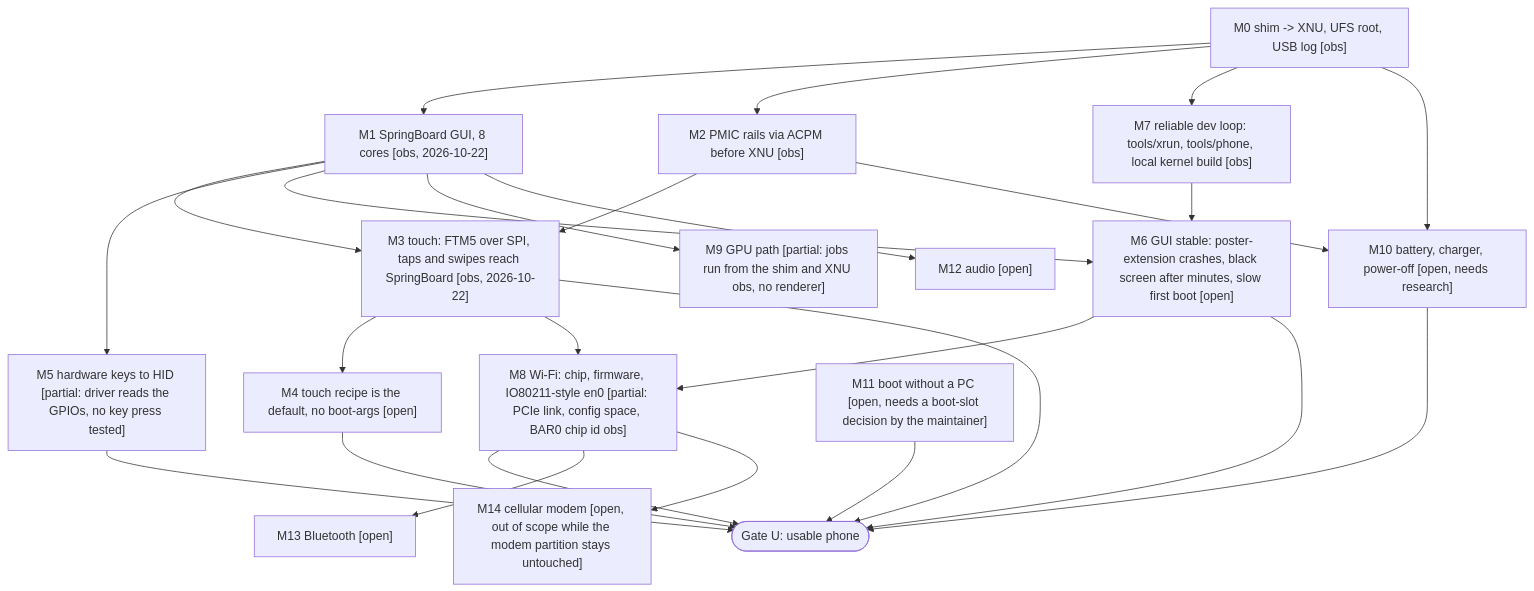
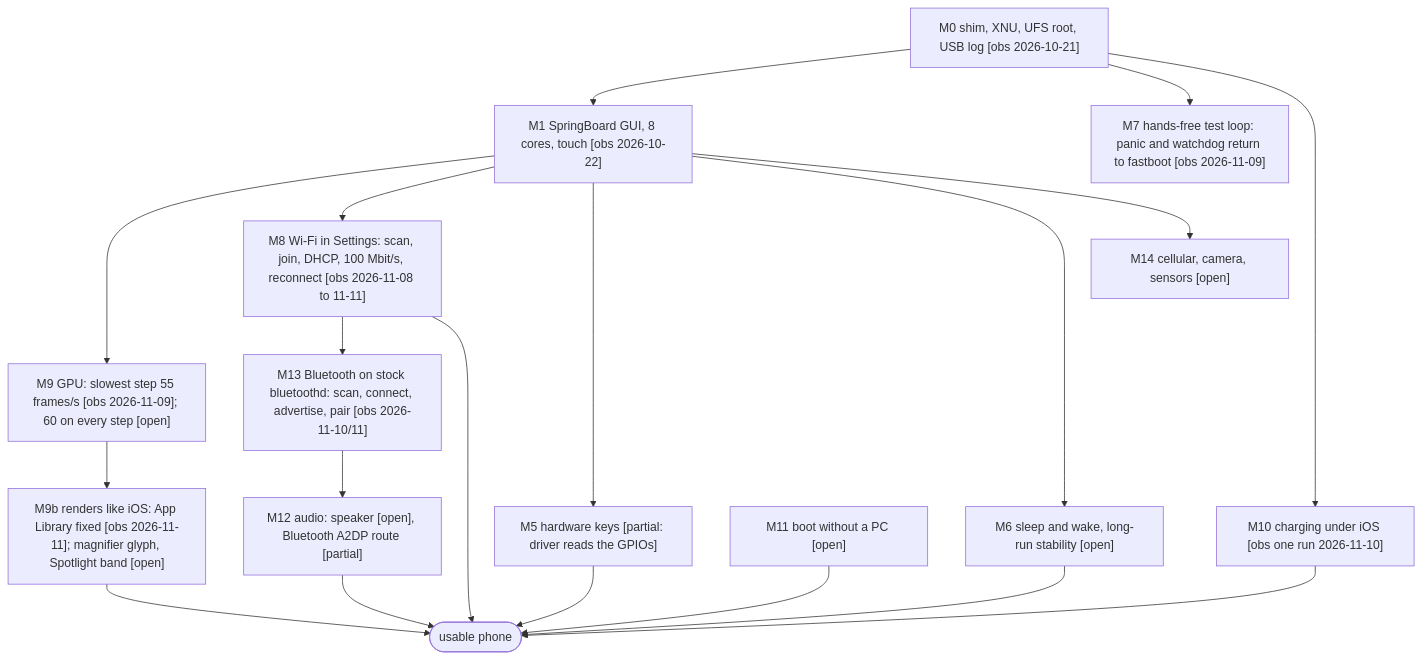
The diagram in docs/MILESTONES.md (PixOS-Project/pixelios-site), drawn with Mermaid before and after one commit. The commit also changed other lines of this file and 25 other files, not shown here.

````diff
--- a/docs/MILESTONES.md
+++ b/docs/MILESTONES.md
@@ -8,44 +10,35 @@
 ```mermaid
 graph TD
-  M0["M0 shim -> XNU, UFS root, USB log [obs]"]
-  M1["M1 SpringBoard GUI, 8 cores [obs, 2026-10-22]"]
-  M2["M2 PMIC rails via ACPM before XNU [obs]"]
-  M3["M3 touch: FTM5 over SPI, taps and swipes reach SpringBoard [obs, 2026-10-22]"]
-  M4["M4 touch recipe is the default, no boot-args [open]"]
-  M5["M5 hardware keys to HID [partial: driver reads the GPIOs, no key press tested]"]
-  M6["M6 GUI stable: poster-extension crashes, black screen after minutes, slow first boot [open]"]
-  M7["M7 reliable dev loop: tools/xrun, tools/phone, local kernel build [obs]"]
-  M8["M8 Wi-Fi: chip, firmware, IO80211-style en0 [partial: PCIe link, config space, BAR0 chip id obs]"]
-  M9["M9 GPU path [partial: jobs run from the shim and XNU obs, no renderer]"]
-  M10["M10 battery, charger, power-off [open, needs research]"]
-  M11["M11 boot without a PC [open, needs a boot-slot decision by the maintainer]"]
-  GU(["Gate U: usable phone"])
-  M12["M12 audio [open]"]
-  M13["M13 Bluetooth [open]"]
-  M14["M14 cellular modem [open, out of scope while the modem partition stays untouched]"]
+  M0["M0 shim, XNU, UFS root, USB log [obs 2026-10-21]"]
+  M1["M1 SpringBoard GUI, 8 cores, touch [obs 2026-10-22]"]
+  M7["M7 hands-free test loop: panic and watchdog return to fastboot [obs 2026-11-09]"]
+  M9["M9 GPU: slowest step 55 frames/s [obs 2026-11-09]; 60 on every step [open]"]
+  M9b["M9b renders like iOS: App Library fixed [obs 2026-11-11]; magnifier glyph, Spotlight band [open]"]
+  M8["M8 Wi-Fi in Settings: scan, join, DHCP, 100 Mbit/s, reconnect [obs 2026-11-08 to 11-11]"]
+  M13["M13 Bluetooth on stock bluetoothd: scan, connect, advertise, pair [obs 2026-11-10/11]"]
+  M12["M12 audio: speaker [open], Bluetooth A2DP route [partial]"]
+  M10["M10 charging under iOS [obs one run 2026-11-10]"]
+  M5["M5 hardware keys [partial: driver reads the GPIOs]"]
+  M11["M11 boot without a PC [open]"]
+  M6["M6 sleep and wake, long-run stability [open]"]
+  M14["M14 cellular, camera, sensors [open]"]
+  GU(["usable phone"])
 
   M0 --> M1
-  M0 --> M2
-  M2 --> M3
-  M1 --> M3
-  M3 --> M4
+  M0 --> M7
+  M1 --> M9 --> M9b
+  M1 --> M8
+  M8 --> M13
+  M13 --> M12
   M1 --> M5
-  M0 --> M7
-  M7 --> M6
+  M0 --> M10
   M1 --> M6
-  M6 --> M8
-  M3 --> M8
-  M1 --> M9
-  M0 --> M10
-  M2 --> M10
-  M3 --> GU
-  M4 --> GU
+  M9b --> GU
+  M8 --> GU
+  M12 --> GU
+  M10 --> GU
   M5 --> GU
+  M11 --> GU
   M6 --> GU
-  M8 --> GU
-  M10 --> GU
-  M11 --> GU
-  M1 --> M12
-  M8 --> M13
-  M8 --> M14
+  M1 --> M14
 ```
````
